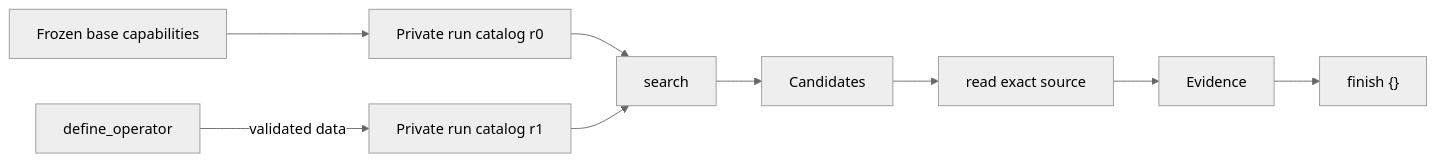
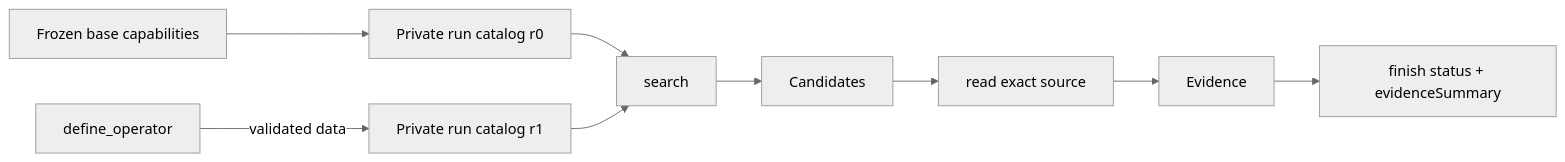
The diagram in docs/architecture/search-operator-system-design.md (fendss/pi-mem), drawn with Mermaid (neutral theme) before and after one commit. The commit also changed other lines of this file and 102 other files, not shown here.

````diff
--- a/docs/architecture/search-operator-system-design.md
+++ b/docs/architecture/search-operator-system-design.md
@@ -180,11 +256,11 @@
 ```mermaid
 flowchart LR
   Base["Frozen base capabilities"] --> Run["Private run catalog r0"]
   Define["define_operator"] -->|"validated data"| Run1["Private run catalog r1"]
   Run --> Search["search"]
   Run1 --> Search
   Search --> Candidates["Candidates"]
   Candidates --> Read["read exact source"]
   Read --> Evidence["Evidence"]
-  Evidence --> Finish["finish {}"]
+  Evidence --> Finish["finish status + evidenceSummary"]
 ```
````
